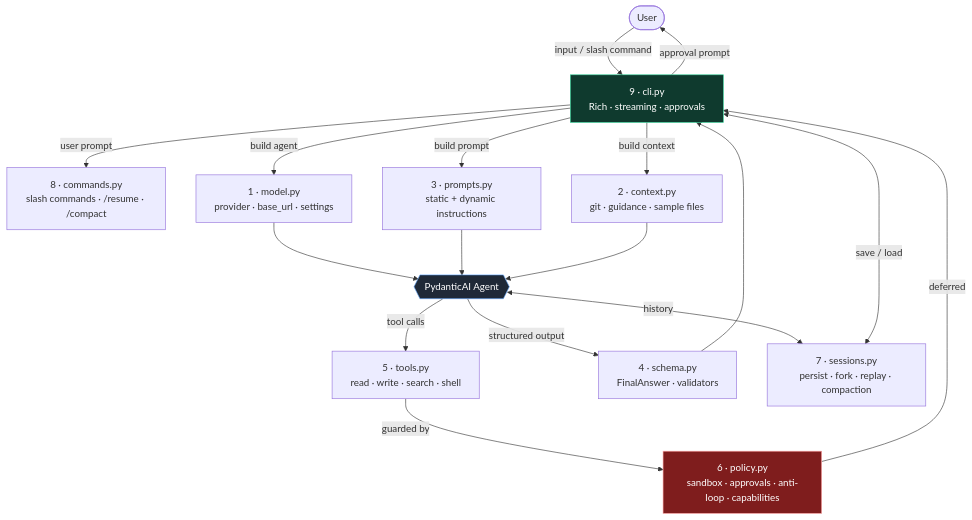
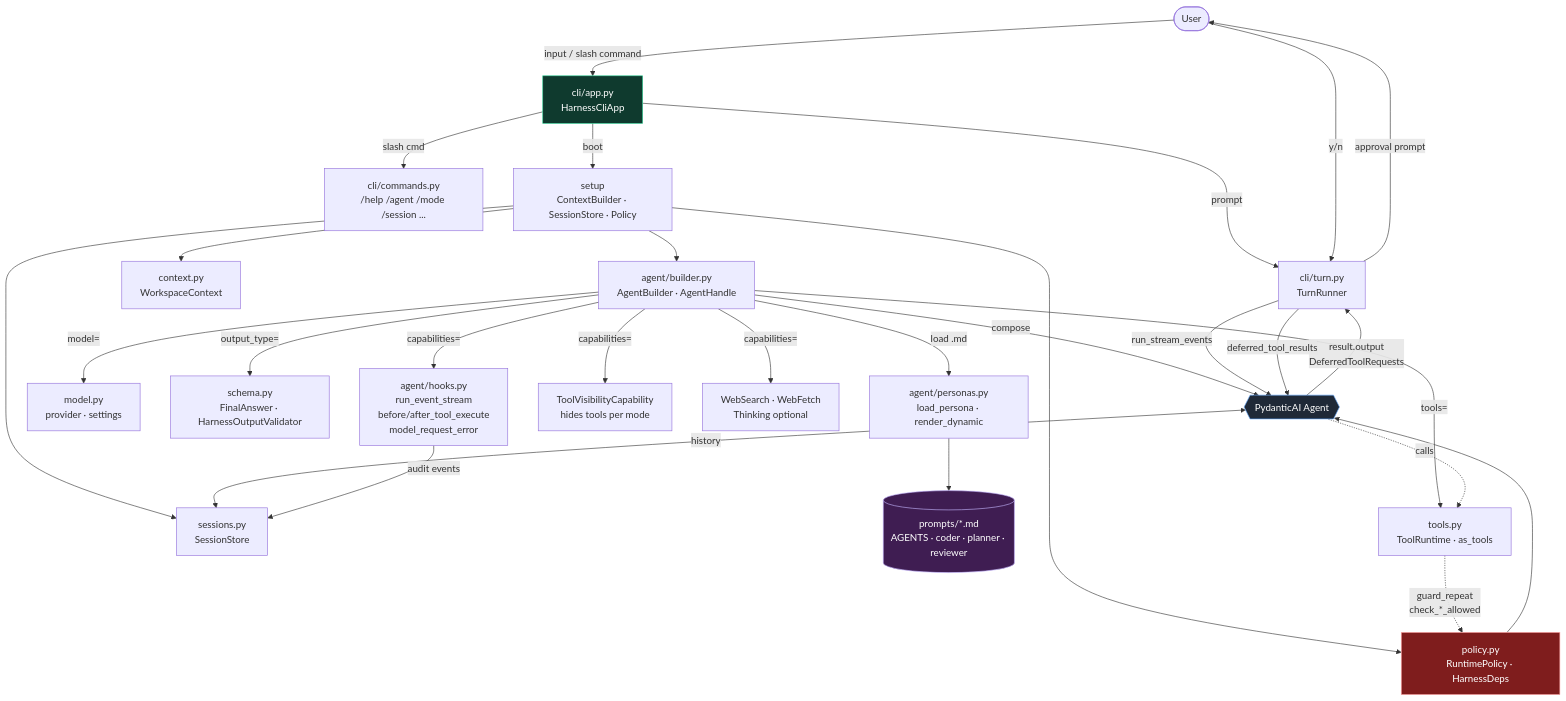
One commit to oornnery/harness-lab changed the first of 3 diagrams in README.md. Above: the diagram before and after it, drawn with Mermaid. The commit also changed other lines of this file and 36 other files, not shown here.

Commit message:
feat(harness): restructure agent harness

````diff
--- a/README.md
+++ b/README.md
@@ -13,28 +20,42 @@
 ```mermaid
 flowchart TB
-    U([User]) -->|input / slash command| UI[9 · cli.py<br/>Rich · streaming · approvals]
+    U([User]) -->|input / slash command| APP[cli/app.py<br/>HarnessCliApp]
 
-    UI -->|user prompt| EXT[8 · commands.py<br/>slash commands · /resume · /compact]
-    UI -->|build agent| MA[1 · model.py<br/>provider · base_url · settings]
-    UI -->|build context| CTX[2 · context.py<br/>git · guidance · sample files]
-    UI -->|build prompt| PB[3 · prompts.py<br/>static + dynamic instructions]
+    APP -->|slash cmd| CMD[cli/commands.py<br/>/help /agent /mode /session ...]
+    APP -->|prompt| TURN[cli/turn.py<br/>TurnRunner]
+    APP -->|boot| SETUP[setup<br/>ContextBuilder · SessionStore · Policy]
 
-    MA --> AGENT{{PydanticAI Agent}}
-    PB --> AGENT
-    CTX --> AGENT
+    SETUP --> CTX[context.py<br/>WorkspaceContext]
+    SETUP --> POL[policy.py<br/>RuntimePolicy · HarnessDeps]
+    SETUP --> SES[sessions.py<br/>SessionStore]
+    SETUP --> BUILD[agent/builder.py<br/>AgentBuilder · AgentHandle]
 
-    AGENT -->|tool calls| TR[5 · tools.py<br/>read · write · search · shell]
-    TR -->|guarded by| POL[6 · policy.py<br/>sandbox · approvals · anti-loop · capabilities]
-    POL -->|deferred| UI
-    UI -->|approval prompt| U
+    BUILD -->|load .md| PERS[agent/personas.py<br/>load_persona · render_dynamic]
+    PERS --> PMD[(prompts/*.md<br/>AGENTS · coder · planner · reviewer)]
 
-    AGENT -->|structured output| OUT[4 · schema.py<br/>FinalAnswer · validators]
-    OUT --> UI
+    BUILD -->|model=| MDL[model.py<br/>provider · settings]
+    BUILD -->|tools=| TR[tools.py<br/>ToolRuntime · as_tools]
+    BUILD -->|output_type=| OUT[schema.py<br/>FinalAnswer · HarnessOutputValidator]
+    BUILD -->|capabilities=| HK[agent/hooks.py<br/>run_event_stream<br/>before/after_tool_execute<br/>model_request_error]
+    BUILD -->|capabilities=| TVC[ToolVisibilityCapability<br/>hides tools per mode]
+    BUILD -->|capabilities=| WEB[WebSearch · WebFetch<br/>Thinking optional]
+    BUILD -->|compose| AGENT{{PydanticAI Agent}}
 
-    AGENT <-->|history| SES[7 · sessions.py<br/>persist · fork · replay · compaction]
-    UI <-->|save / load| SES
+    TURN -->|run_stream_events| AGENT
+    AGENT -.->|calls| TR
+    TR -.->|guard_repeat<br/>check_*_allowed| POL
+    AGENT -->|result.output<br/>DeferredToolRequests| TURN
+    TURN -->|approval prompt| U
+    U -->|y/n| TURN
+    TURN -->|deferred_tool_results| AGENT
+
+    AGENT <-->|history| SES
+    HK -->|audit events| SES
+
+    POL --> AGENT
 
     style AGENT fill:#1f2937,stroke:#60a5fa,color:#fff
     style POL fill:#7f1d1d,stroke:#fca5a5,color:#fff
-    style UI fill:#0f3a2e,stroke:#34d399,color:#fff
+    style APP fill:#0f3a2e,stroke:#34d399,color:#fff
+    style PMD fill:#3f1d52,stroke:#c4b5fd,color:#fff
 ```
````
